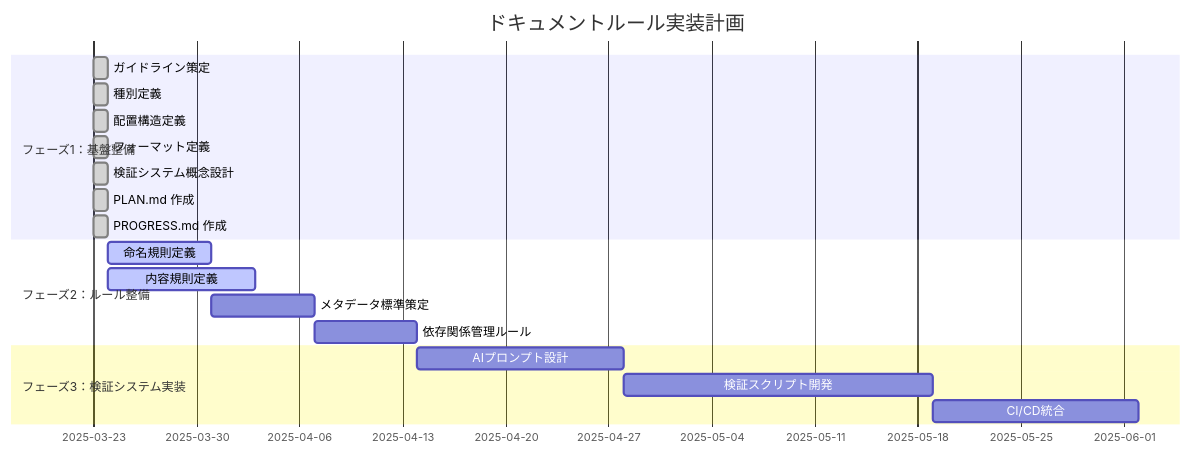
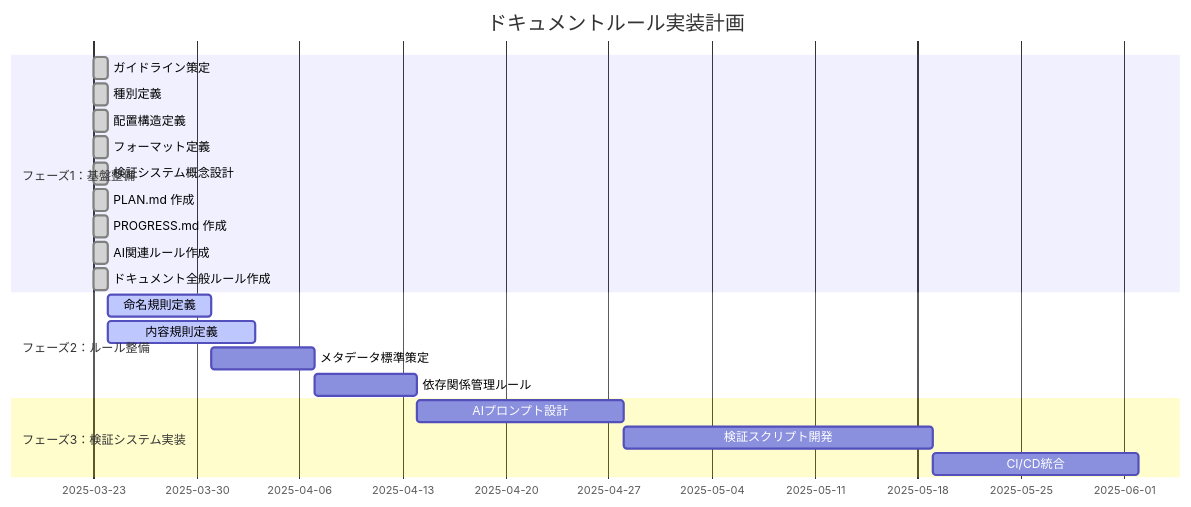
Before and after one commit to ToyB0x/git-resume: the second of 2 diagrams in docs/PROGRESS.md, drawn with Mermaid. The commit also changed other lines of this file and 1 other file, not shown here.

````diff
--- a/docs/PROGRESS.md
+++ b/docs/PROGRESS.md
@@ -27,22 +27,24 @@
 ```mermaid
 gantt
     title ドキュメントルール実装計画
     dateFormat  YYYY-MM-DD
     section フェーズ1：基盤整備
     ガイドライン策定      :done, g1, 2025-03-23, 1d
     種別定義              :done, g2, 2025-03-23, 1d
     配置構造定義          :done, g3, 2025-03-23, 1d
     フォーマット定義      :done, g4, 2025-03-23, 1d
     検証システム概念設計  :done, g5, 2025-03-23, 1d
     PLAN.md 作成          :done, g6, 2025-03-23, 1d
     PROGRESS.md 作成      :done, g7, 2025-03-23, 1d
+    AI関連ルール作成      :done, g8, 2025-03-23, 1d
+    ドキュメント全般ルール作成 :done, g9, 2025-03-23, 1d
     section フェーズ2：ルール整備
-    命名規則定義          :active, g8, 2025-03-24, 7d
-    内容規則定義          :active, g9, 2025-03-24, 10d
-    メタデータ標準策定    :g10, 2025-03-31, 7d
-    依存関係管理ルール    :g11, 2025-04-07, 7d
+    命名規則定義          :active, g10, 2025-03-24, 7d
+    内容規則定義          :active, g11, 2025-03-24, 10d
+    メタデータ標準策定    :g12, 2025-03-31, 7d
+    依存関係管理ルール    :g13, 2025-04-07, 7d
     section フェーズ3：検証システム実装
-    AIプロンプト設計      :g12, 2025-04-14, 14d
-    検証スクリプト開発    :g13, 2025-04-28, 21d
-    CI/CD統合             :g14, 2025-05-19, 14d
+    AIプロンプト設計      :g14, 2025-04-14, 14d
+    検証スクリプト開発    :g15, 2025-04-28, 21d
+    CI/CD統合             :g16, 2025-05-19, 14d
 ```
````
